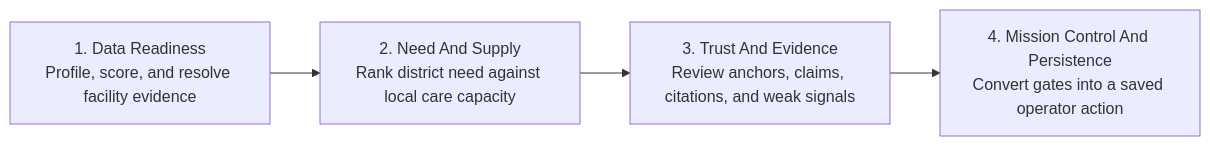
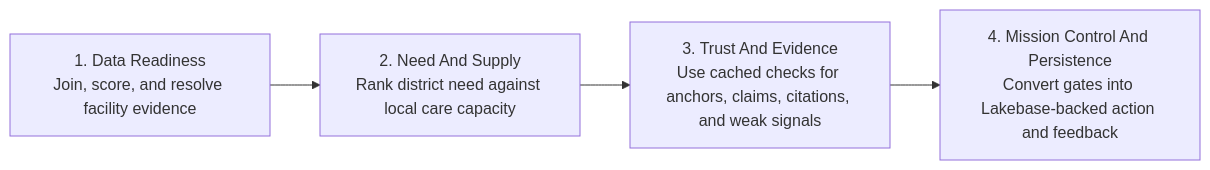
The first of 5 diagrams in README.md (Pingying-Chen/DAIS-hackathon-2026), drawn with Mermaid before and after one commit. The commit also changed other lines of this file and 11 other files, not shown here.

Commit message:
Add v9 joined data and Lakebase feedback pipelines

````diff
--- a/README.md
+++ b/README.md
@@ -78,8 +88,8 @@
 ```mermaid
 flowchart LR
-    data["1. Data Readiness<br/>Profile, score, and resolve facility evidence"]
+    data["1. Data Readiness<br/>Join, score, and resolve facility evidence"]
     planning["2. Need And Supply<br/>Rank district need against local care capacity"]
-    trust["3. Trust And Evidence<br/>Review anchors, claims, citations, and weak signals"]
-    control["4. Mission Control And Persistence<br/>Convert gates into a saved operator action"]
+    trust["3. Trust And Evidence<br/>Use cached checks for anchors, claims, citations, and weak signals"]
+    control["4. Mission Control And Persistence<br/>Convert gates into Lakebase-backed action and feedback"]
     data --> planning --> trust --> control
 ```
````
